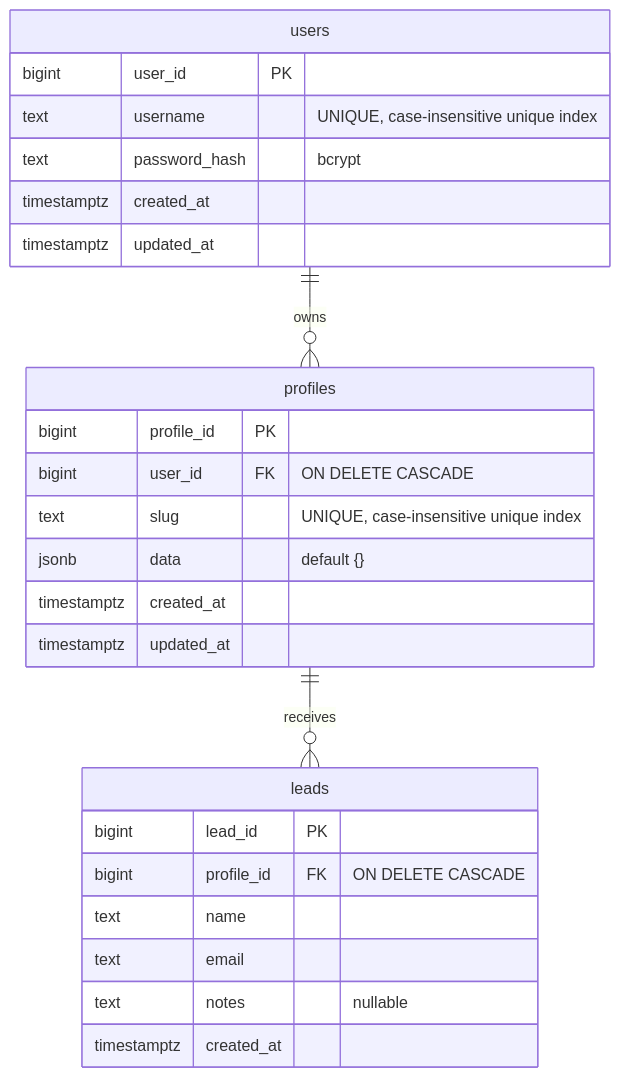
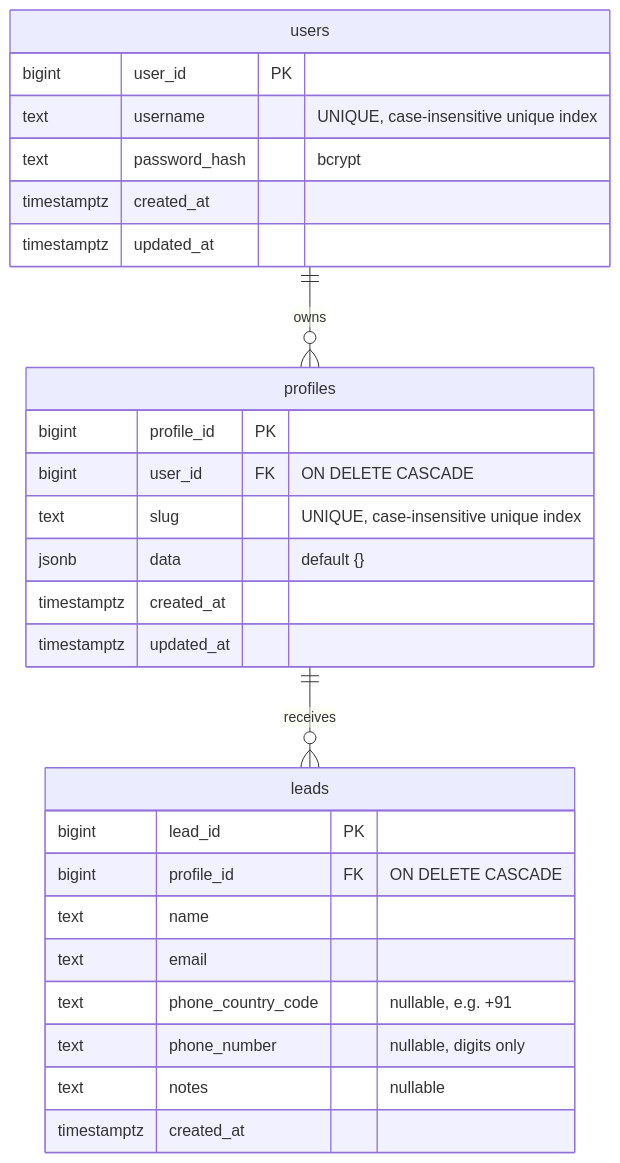
One commit to faiz-gh/fronko changed the diagram in backend/README.md. Above: the diagram before and after it, drawn with Mermaid. The commit also changed other lines of this file and 58 other files, not shown here.

````diff
--- a/backend/README.md
+++ b/backend/README.md
@@ -161,29 +162,31 @@
 ```mermaid
 erDiagram
     users ||--o{ profiles : owns
     profiles ||--o{ leads : receives
 
     users {
         bigint user_id PK
         text username "UNIQUE, case-insensitive unique index"
         text password_hash "bcrypt"
         timestamptz created_at
         timestamptz updated_at
     }
     profiles {
         bigint profile_id PK
         bigint user_id FK "ON DELETE CASCADE"
         text slug "UNIQUE, case-insensitive unique index"
         jsonb data "default {}"
         timestamptz created_at
         timestamptz updated_at
     }
     leads {
         bigint lead_id PK
         bigint profile_id FK "ON DELETE CASCADE"
         text name
         text email
+        text phone_country_code "nullable, e.g. +91"
+        text phone_number "nullable, digits only"
         text notes "nullable"
         timestamptz created_at
     }
 ```
````
